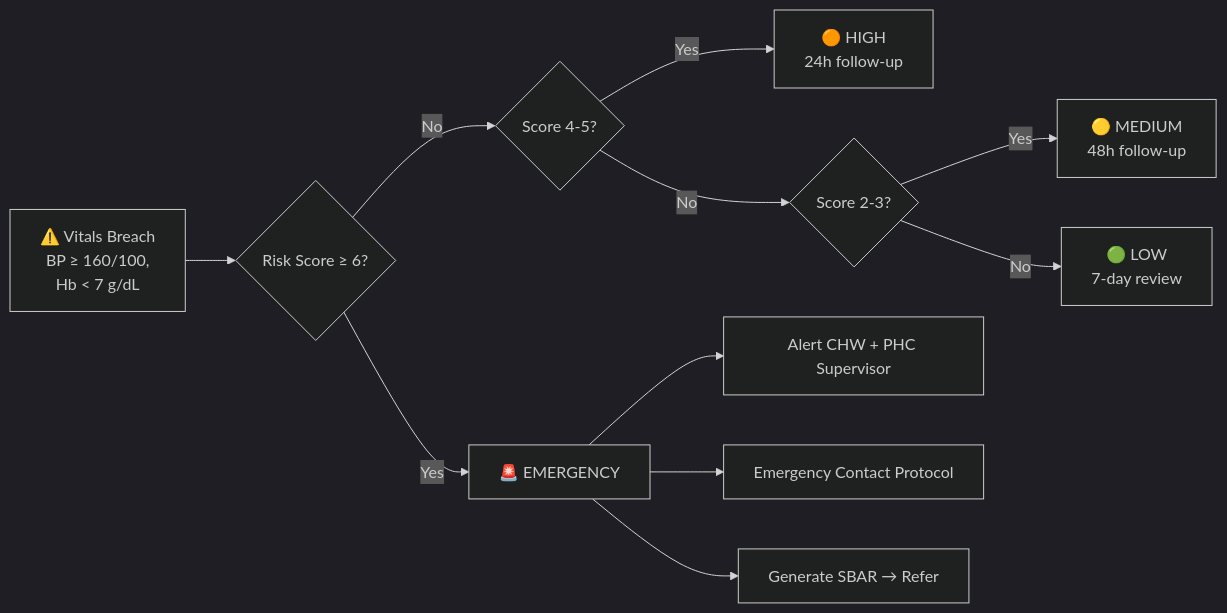
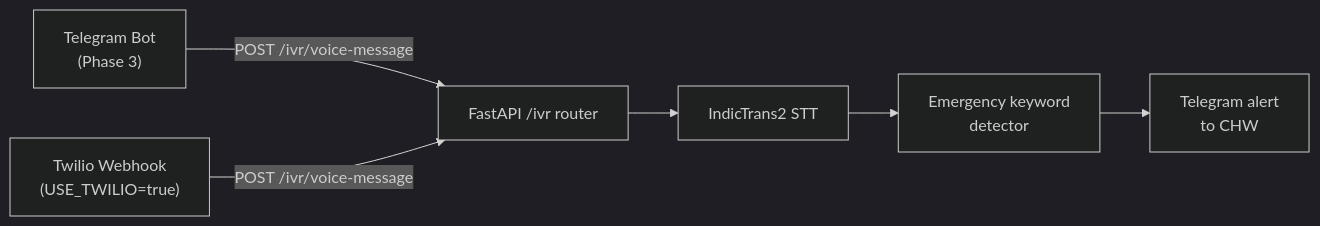
Before and after one commit to Syed-Abdullah-Abrar/AAVISHKAR-PRAVAH: the fourth of 4 diagrams in docs/architecture.md, drawn with Mermaid (dark theme). The commit also changed other lines of this file and 11 other files, not shown here.

Commit message:
feat(o2): Phase 3 complete — Telegram IVR, full Flutter UI, GPS auto-tag

````diff
--- a/docs/architecture.md
+++ b/docs/architecture.md
@@ -150,14 +204,9 @@
 ```mermaid
 flowchart LR
-    A["⚠️ Vitals Breach<br/>BP ≥ 160/100,<br/>Hb < 7 g/dL"] --> B{Risk Score ≥ 6?}
-    B -->|Yes| C["🚨 EMERGENCY"]
-    B -->|No| D{"Score 4-5?"}
-    D -->|Yes| E["🟠 HIGH<br/>24h follow-up"]
-    D -->|No| F{"Score 2-3?"}
-    F -->|Yes| G["🟡 MEDIUM<br/>48h follow-up"]
-    F -->|No| H["🟢 LOW<br/>7-day review"]
-    
-    C --> I["Alert CHW + PHC Supervisor"]
-    C --> J["Emergency Contact Protocol"]
-    C --> K["Generate SBAR → Refer"]
+    A["Telegram Bot\n(Phase 3)"] -->|POST /ivr/voice-message| B
+    C["Twilio Webhook\n(USE_TWILIO=true)"] -->|POST /ivr/voice-message| B
+    B["FastAPI /ivr router"] --> D
+    D["IndicTrans2 STT"] --> E
+    E["Emergency keyword\ndetector"] --> F
+    F["Telegram alert\nto CHW"] 
 ```
````
